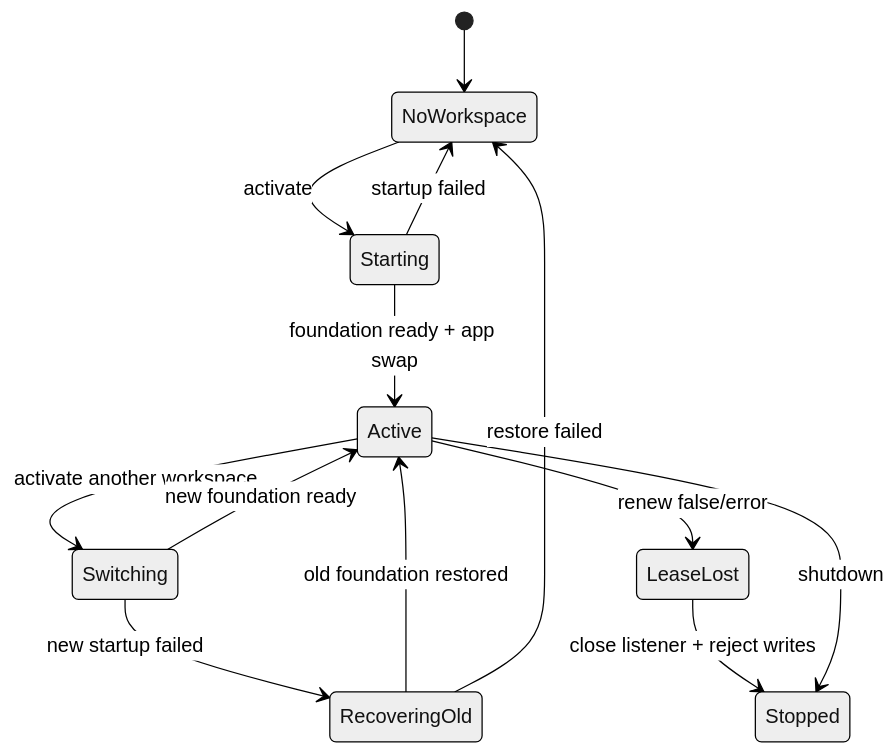
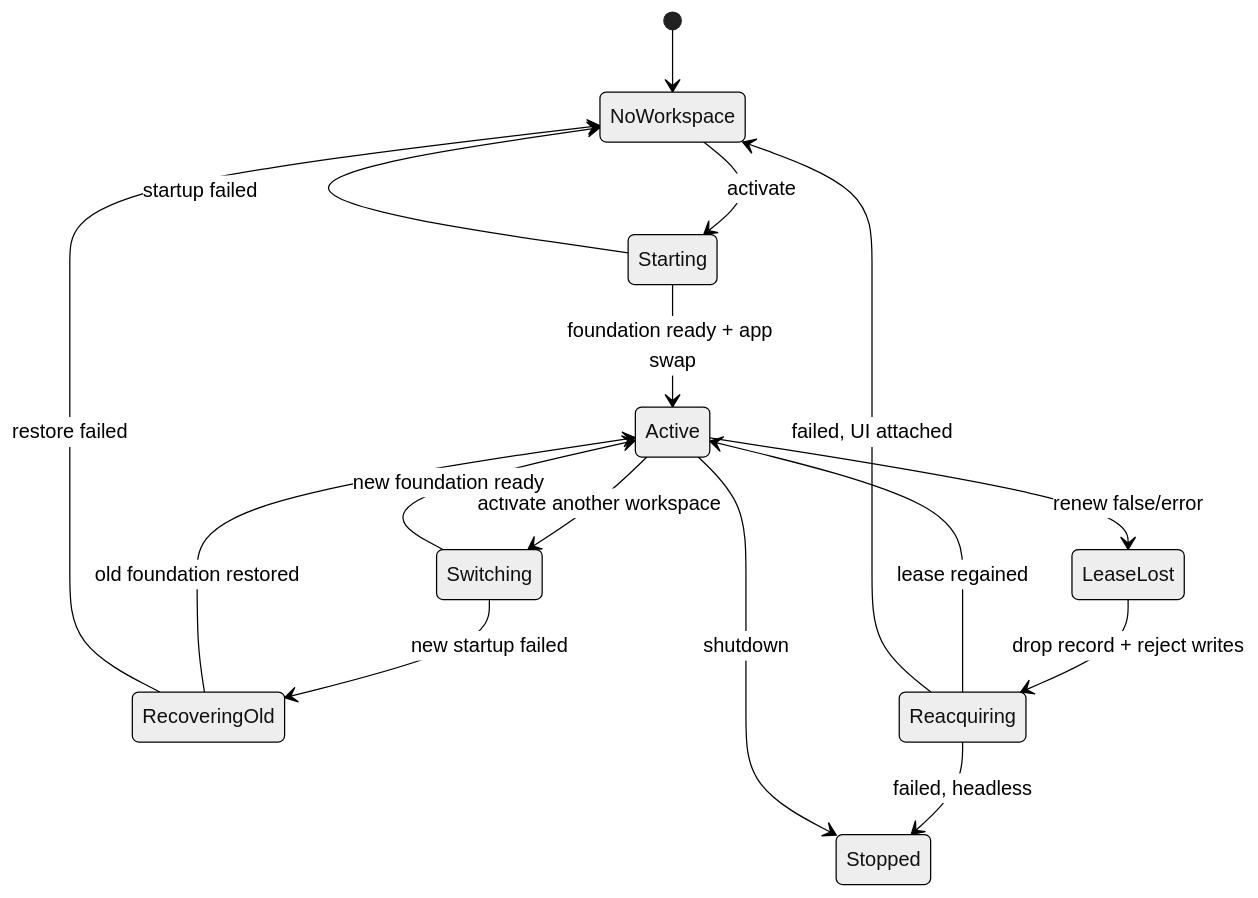
Before and after one commit to alvindev111/vidcom-v2: the third of 10 diagrams in llm-documents/specs-and-process/specs/spec-packaging-and-distribution/spec-packaging-and-distribution-detailed-design.md, drawn with Mermaid (neutral theme). The commit also changed other lines of this file and 14 other files, not shown here.

````diff
--- a/llm-documents/specs-and-process/specs/spec-packaging-and-distribution/spec-packaging-and-distribution-detailed-design.md
+++ b/llm-documents/specs-and-process/specs/spec-packaging-and-distribution/spec-packaging-and-distribution-detailed-design.md
@@ -156,15 +156,18 @@
 ```mermaid
 stateDiagram-v2
     [*] --> NoWorkspace
     NoWorkspace --> Starting: activate
     Starting --> Active: foundation ready + app swap
     Starting --> NoWorkspace: startup failed
     Active --> Switching: activate another workspace
     Switching --> Active: new foundation ready
     Switching --> RecoveringOld: new startup failed
     RecoveringOld --> Active: old foundation restored
     RecoveringOld --> NoWorkspace: restore failed
     Active --> LeaseLost: renew false/error
-    LeaseLost --> Stopped: close listener + reject writes
+    LeaseLost --> Reacquiring: drop record + reject writes
+    Reacquiring --> Active: lease regained
+    Reacquiring --> NoWorkspace: failed, UI attached
+    Reacquiring --> Stopped: failed, headless
     Active --> Stopped: shutdown
 ```
````
